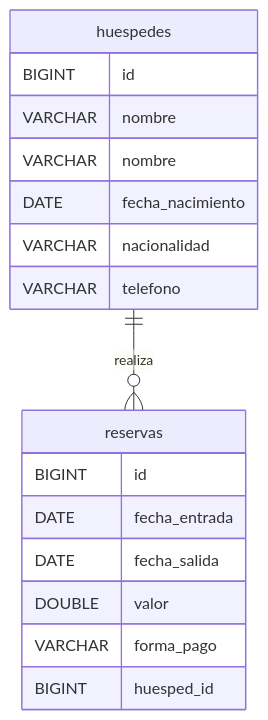
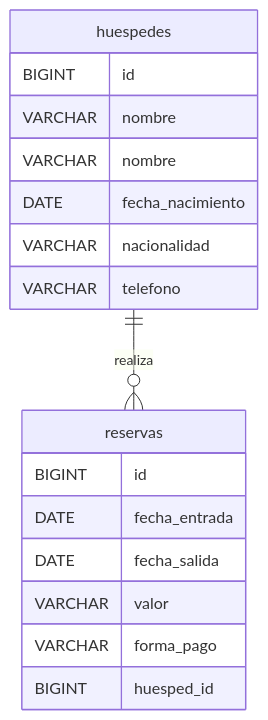
Before and after one commit to SaulMMBP/just-another-hotel-alura: the diagram in README.md, drawn with Mermaid. The commit also changed other lines of this file and 1 other file, not shown here.

````diff
--- a/README.md
+++ b/README.md
@@ -32,23 +32,23 @@
 ```mermaid
 erDiagram
      huespedes||--o{ reservas : realiza
 
      huespedes {
           BIGINT id
           VARCHAR nombre
           VARCHAR nombre
           DATE fecha_nacimiento
           VARCHAR nacionalidad
           VARCHAR telefono
      }
 
      reservas {
           BIGINT id
           DATE fecha_entrada
           DATE fecha_salida
-          DOUBLE valor
+          VARCHAR valor
           VARCHAR forma_pago
           BIGINT huesped_id
      }
 
 ```
````
